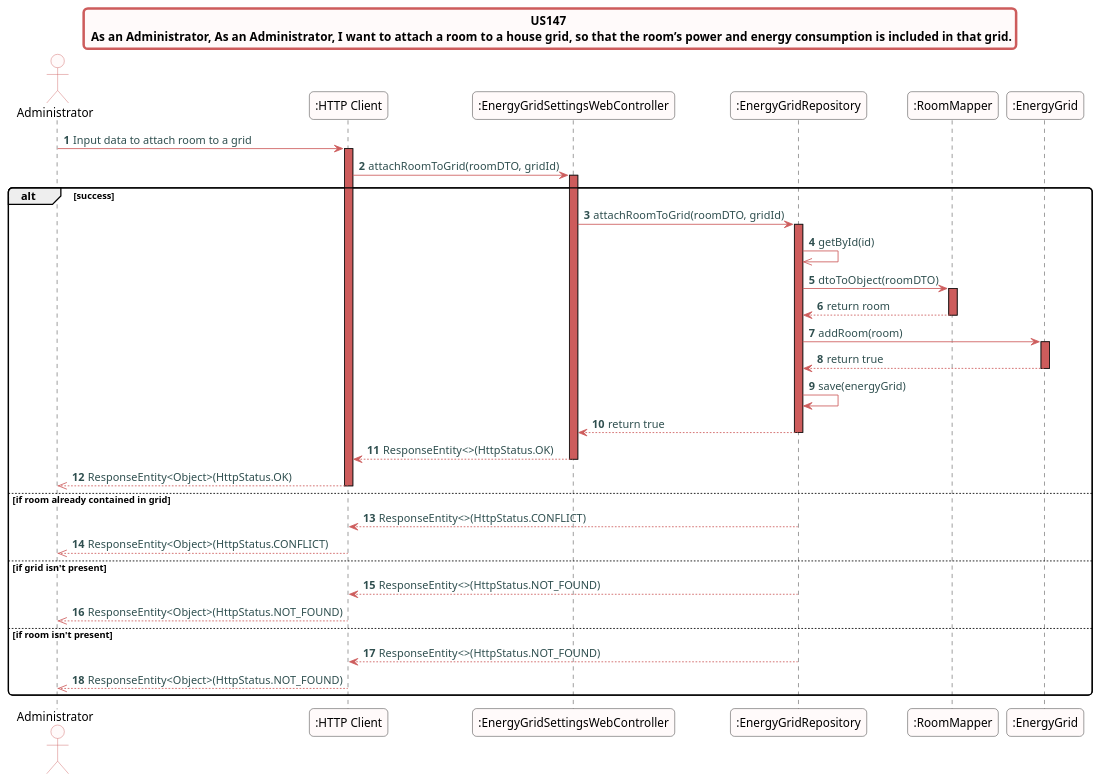
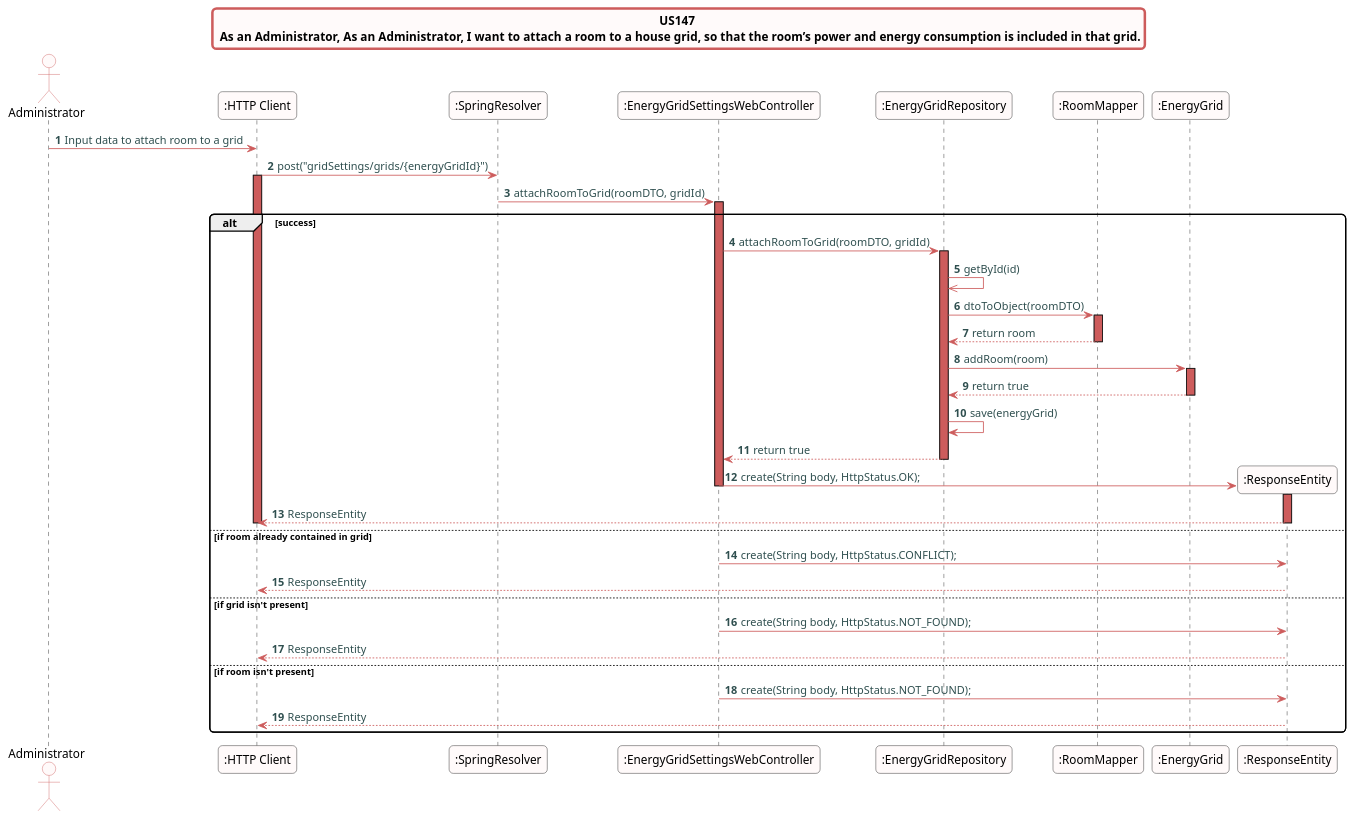
Before and after one commit to Almadanmp/project: the diagram in src/doc/WEB_Controllers/EnergyGridSettings/US147/US147_sd_EnergyGridSettingsWebController.puml, drawn with PlantUML. The commit also changed 1 other file, not shown here.

Commit message:
REF #344 REF #345 - Energy Grid Setting Web Controller - US 145, US 147 UML

```diff
--- a/src/doc/WEB_Controllers/EnergyGridSettings/US147/US147_sd_EnergyGridSettingsWebController.puml
+++ b/src/doc/WEB_Controllers/EnergyGridSettings/US147/US147_sd_EnergyGridSettingsWebController.puml
@@ -1,63 +1,67 @@
 @startuml
 skinparam titleBorderRoundCorner 10
 skinparam titleBorderThickness 3
 skinparam titleBorderColor indianred
 skinparam titleBackgroundColor snow
 skinparam FontName quicksand
 
 skinparam actor {
   BorderColor indianred
   backgroundColor Snow
   }
 
 skinparam sequence {
   LifeLineBackgroundColor indianred
   ParticipantBackgroundColor snow
 }
 
 skinparam roundcorner 10
 
 skinparam component {
   arrowThickness 1
   ArrowFontName Verdana
   ArrowColor indianred
   ArrowFontColor darkslategrey
 }
 
 title US147 \n As an Administrator, As an Administrator, I want to attach a room to a house grid, so that the room’s power and energy consumption is included in that grid.
 autonumber
 actor "Administrator"
 "Administrator" -> ":HTTP Client":  Input data to attach room to a grid
+":HTTP Client" -> ":SpringResolver": post("gridSettings/grids/{energyGridId}")
 activate ":HTTP Client"
-":HTTP Client" -> ":EnergyGridSettingsWebController":  attachRoomToGrid(roomDTO, gridId)
+":SpringResolver" -> ":EnergyGridSettingsWebController": attachRoomToGrid(roomDTO, gridId)
 activate ":EnergyGridSettingsWebController"
 alt success
 ":EnergyGridSettingsWebController" -> ":EnergyGridRepository": attachRoomToGrid(roomDTO, gridId)
 activate ":EnergyGridRepository"
 ":EnergyGridRepository" ->> ":EnergyGridRepository": getById(id)
 ":EnergyGridRepository" -> ":RoomMapper": dtoToObject(roomDTO)
 activate ":RoomMapper"
 ":RoomMapper" --> ":EnergyGridRepository" : return room
 deactivate ":RoomMapper"
 ":EnergyGridRepository" -> ":EnergyGrid": addRoom(room)
 activate ":EnergyGrid"
 ":EnergyGrid" --> ":EnergyGridRepository" : return true
 deactivate ":EnergyGrid"
 ":EnergyGridRepository" -> ":EnergyGridRepository" : save(energyGrid)
 ":EnergyGridRepository" --> ":EnergyGridSettingsWebController": return true
 deactivate ":EnergyGridRepository"
-":EnergyGridSettingsWebController" --> ":HTTP Client": ResponseEntity<>(HttpStatus.OK)
+create ":ResponseEntity"
+":EnergyGridSettingsWebController" -> ":ResponseEntity": create(String body, HttpStatus.OK);
+activate ":ResponseEntity"
 deactivate ":EnergyGridSettingsWebController"
-":HTTP Client" -->> "Administrator": ResponseEntity<Object>(HttpStatus.OK)
+":ResponseEntity" --> ":HTTP Client": ResponseEntity
+deactivate ":ResponseEntity"
 deactivate ":HTTP Client"
 else if room already contained in grid
-":EnergyGridRepository" --> ":HTTP Client": ResponseEntity<>(HttpStatus.CONFLICT)
-":HTTP Client" -->> "Administrator": ResponseEntity<Object>(HttpStatus.CONFLICT)
+":EnergyGridSettingsWebController" -> ":ResponseEntity": create(String body, HttpStatus.CONFLICT);
+":ResponseEntity" --> ":HTTP Client": ResponseEntity
 else if grid isn't present
-":EnergyGridRepository" --> ":HTTP Client": ResponseEntity<>(HttpStatus.NOT_FOUND)
-":HTTP Client" -->> "Administrator": ResponseEntity<Object>(HttpStatus.NOT_FOUND)
+":EnergyGridSettingsWebController" -> ":ResponseEntity": create(String body, HttpStatus.NOT_FOUND);
+":ResponseEntity" --> ":HTTP Client": ResponseEntity
 else if room isn't present
-":EnergyGridRepository" --> ":HTTP Client": ResponseEntity<>(HttpStatus.NOT_FOUND)
-":HTTP Client" -->> "Administrator": ResponseEntity<Object>(HttpStatus.NOT_FOUND)
+":EnergyGridSettingsWebController" -> ":ResponseEntity": create(String body, HttpStatus.NOT_FOUND);
+":ResponseEntity" --> ":HTTP Client": ResponseEntity
 end
 @enduml
```
